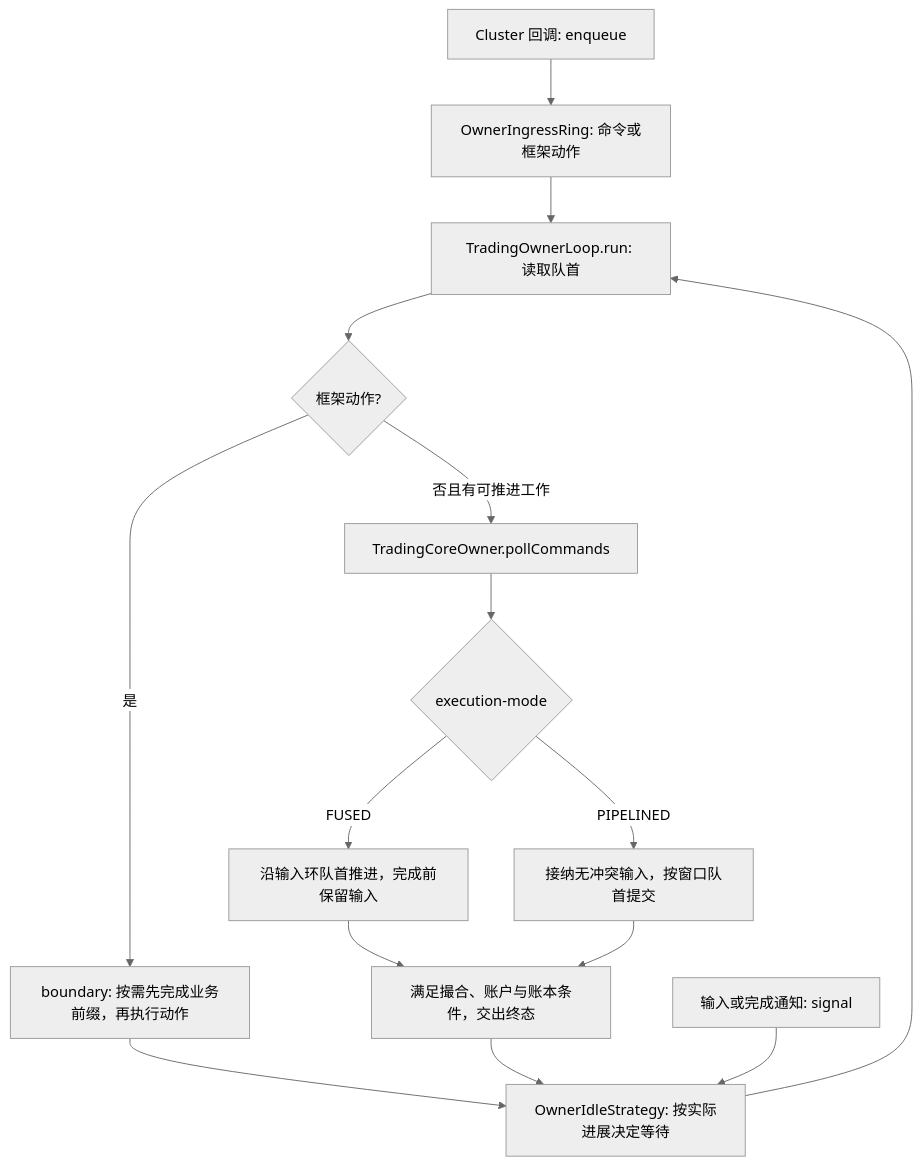
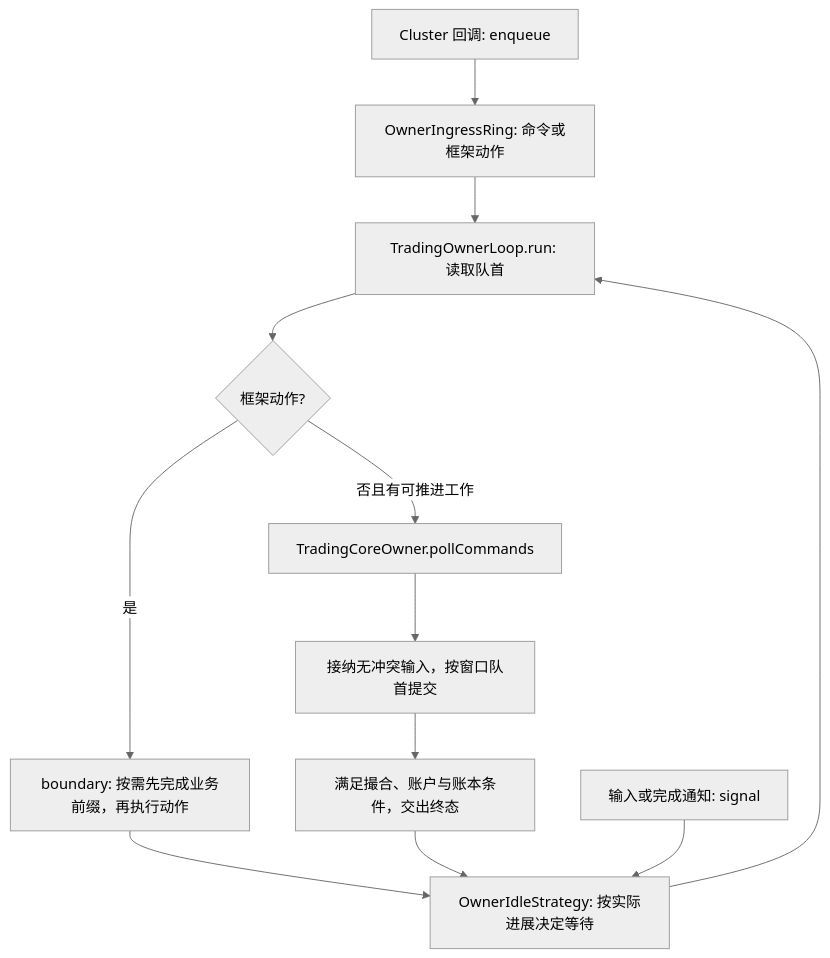
Before and after one commit to lilaizhencn/surprising-ex: the second of 6 diagrams in surprising-aeron-core/surprising-aeron-service/README.md, drawn with Mermaid (neutral theme). The commit also changed other lines of this file and 71 other files, not shown here.

````diff
--- a/surprising-aeron-core/surprising-aeron-service/README.md
+++ b/surprising-aeron-core/surprising-aeron-service/README.md
@@ -337,17 +336,14 @@
 ```mermaid
 flowchart TD
     C[Cluster 回调: enqueue] --> I[OwnerIngressRing: 命令或框架动作]
     I --> R[TradingOwnerLoop.run: 读取队首]
     R --> A{框架动作?}
     A -->|是| B[boundary: 按需先完成业务前缀，再执行动作]
     A -->|否且有可推进工作| P[TradingCoreOwner.pollCommands]
-    P --> M{execution-mode}
-    M -->|FUSED| F[沿输入环队首推进，完成前保留输入]
-    M -->|PIPELINED| W[接纳无冲突输入，按窗口队首提交]
-    F --> E[满足撮合、账户与账本条件，交出终态]
-    W --> E
+    P --> W[接纳无冲突输入，按窗口队首提交]
+    W --> E[满足撮合、账户与账本条件，交出终态]
     B --> D[OwnerIdleStrategy: 按实际进展决定等待]
     E --> D
     N[输入或完成通知: signal] --> D
     D --> R
 ```
````
